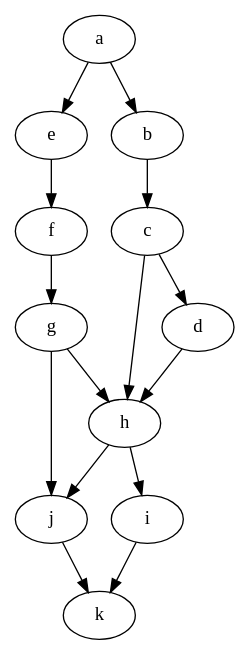
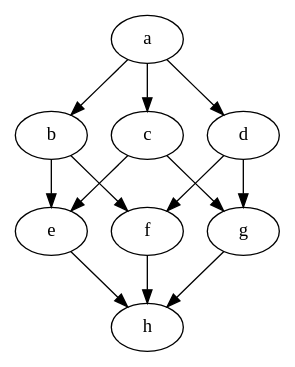
The diagram in src/output2.dot (accfmax95/CSE-464-2023-mjberry4), drawn with Graphviz before and after one commit. The commit also changed 11 other files, not shown here.

Commit message:
Polished randomwalk. The Strategy Design and Template Design has been fixed to be more efficient, a new graph has been used for testing, and the output shows each step when iterating through the graph.

```diff
--- a/src/output2.dot
+++ b/src/output2.dot
@@ -1,16 +1,14 @@
 digraph {
-"a" -> "e"
 "a" -> "b"
-"e" -> "f"
-"f" -> "g"
+"a" -> "d"
+"a" -> "c"
+"b" -> "e"
+"b" -> "f"
+"e" -> "h"
+"f" -> "h"
+"d" -> "f"
+"d" -> "g"
 "g" -> "h"
-"g" -> "j"
-"h" -> "j"
-"h" -> "i"
-"j" -> "k"
-"i" -> "k"
-"b" -> "c"
-"c" -> "h"
-"c" -> "d"
-"d" -> "h"
+"c" -> "g"
+"c" -> "e"
 }
```
